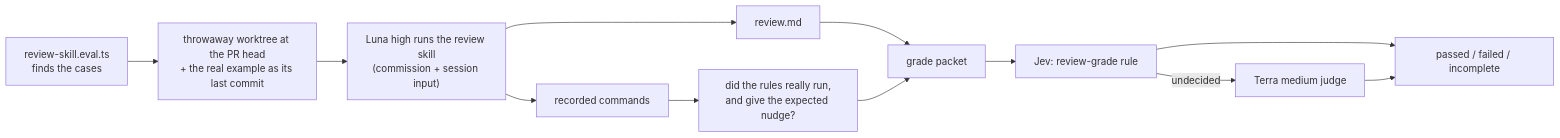
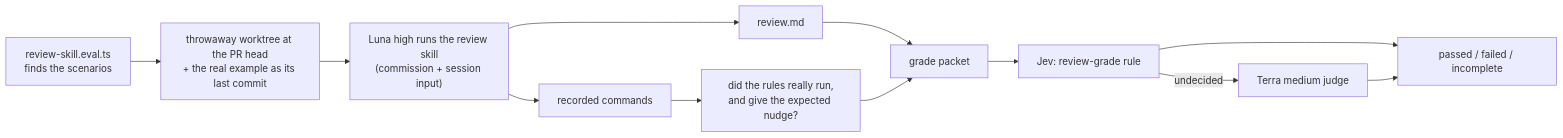
One commit to ShravanSunder/sunstack changed the fourth of 4 diagrams in docs/specs/2026-11-03-skill-rules/program-design.md. Above: the diagram before and after it, drawn with Mermaid. The commit also changed other lines of this file and 30 other files, not shown here.

First line of the commit message:
docs(skill-rules): scenarios replace cases; scenario runs outside git; owner adoption file replaces the committed receipt; D2 step A6

````diff
--- a/docs/specs/2026-11-03-skill-rules/program-design.md
+++ b/docs/specs/2026-11-03-skill-rules/program-design.md
@@ -393,14 +402,14 @@
 ```mermaid
 flowchart LR
-  entry["review-skill.eval.ts<br/>finds the cases"] --> ws["throwaway worktree at the PR head<br/>+ the real example as its last commit"]
+  entry["review-skill.eval.ts<br/>finds the scenarios"] --> ws["throwaway worktree at the PR head<br/>+ the real example as its last commit"]
   ws --> subject["Luna high runs the review skill<br/>(commission + session input)"]
   subject --> review["review.md"]
   subject --> events["recorded commands"]
   events --> proof["did the rules really run,<br/>and give the expected nudge?"]
   review --> packet["grade packet"]
   proof --> packet
   packet --> jev["Jev: review-grade rule"]
   jev -->|"undecided"| terra["Terra medium judge"]
   jev --> verdict["passed / failed / incomplete"]
   terra --> verdict
 ```
````
